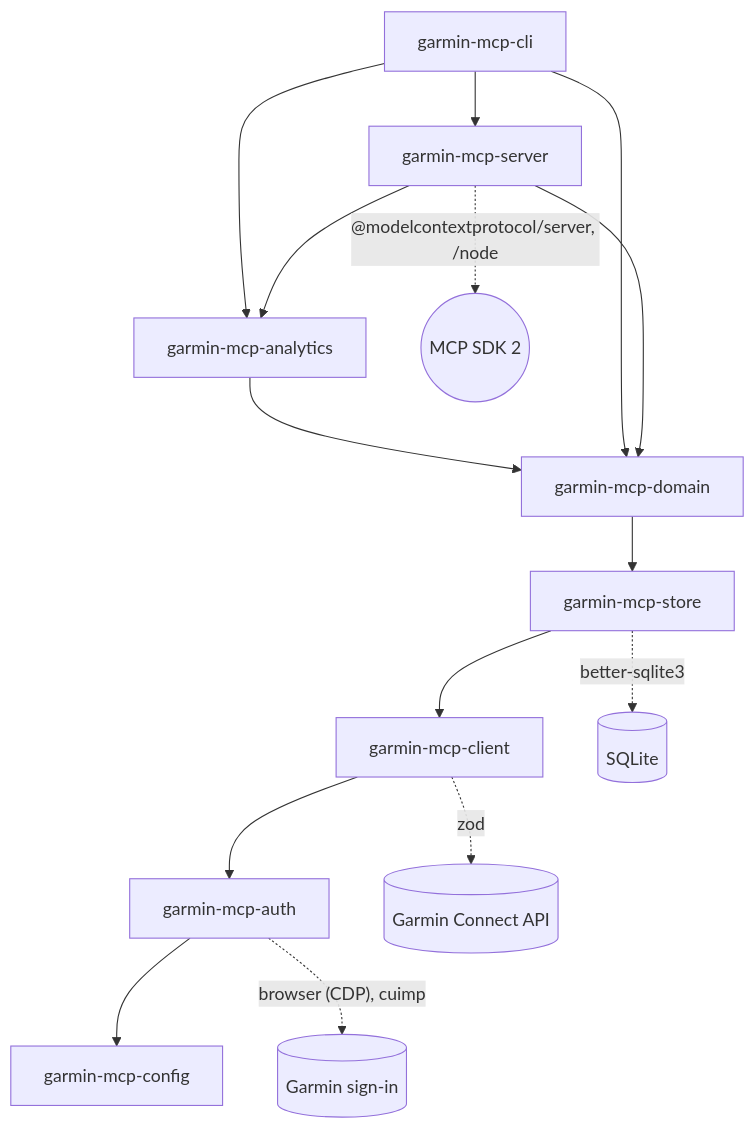
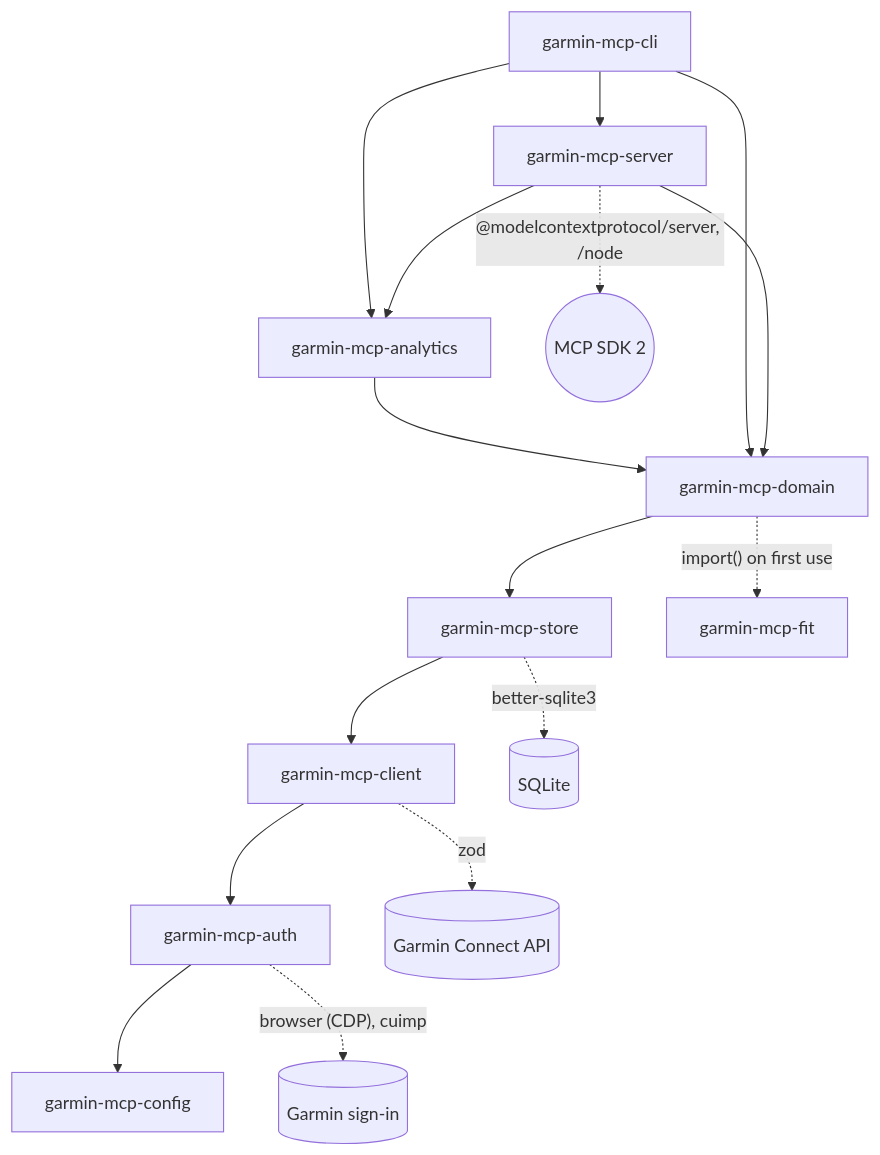
The diagram in DEVELOPMENT.md (endurancetools/garmin-mcp), drawn with Mermaid before and after one commit. The commit also changed other lines of this file and 20 other files, not shown here.

````diff
--- a/DEVELOPMENT.md
+++ b/DEVELOPMENT.md
@@ -32,17 +33,18 @@
 ```mermaid
 flowchart TD
     cli[garmin-mcp-cli] --> server[garmin-mcp-server]
     cli --> analytics
     server --> analytics[garmin-mcp-analytics]
     analytics --> domain
     cli --> domain
     server --> domain[garmin-mcp-domain]
     domain --> store[garmin-mcp-store]
+    domain -. "import() on first use" .-> fit[garmin-mcp-fit]
     store --> client[garmin-mcp-client]
     client --> auth[garmin-mcp-auth]
     auth --> config[garmin-mcp-config]
     server -. "@modelcontextprotocol/server, /node" .-> mcp((MCP SDK 2))
     store -. better-sqlite3 .-> sqlite[(SQLite)]
     client -. zod .-> garmin[(Garmin Connect API)]
     auth -. "browser (CDP), cuimp" .-> sso[(Garmin sign-in)]
 ```
````
